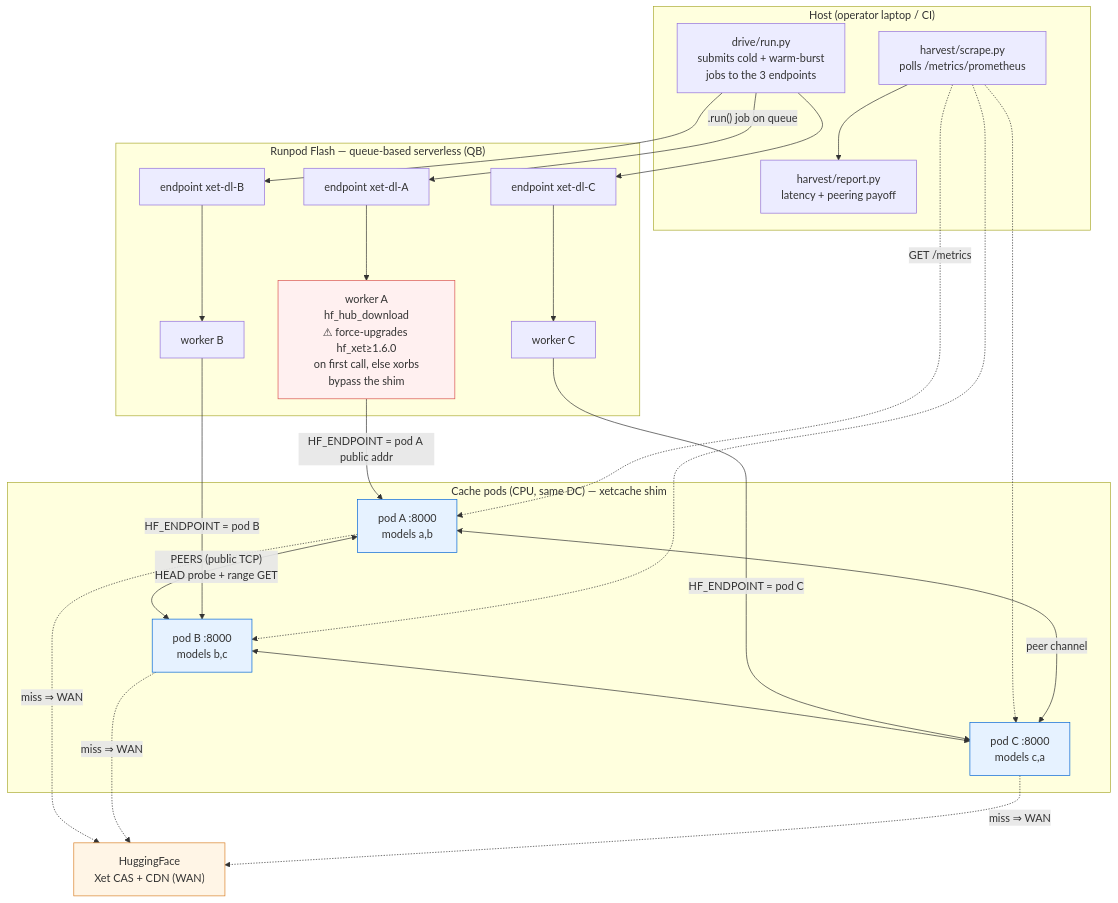
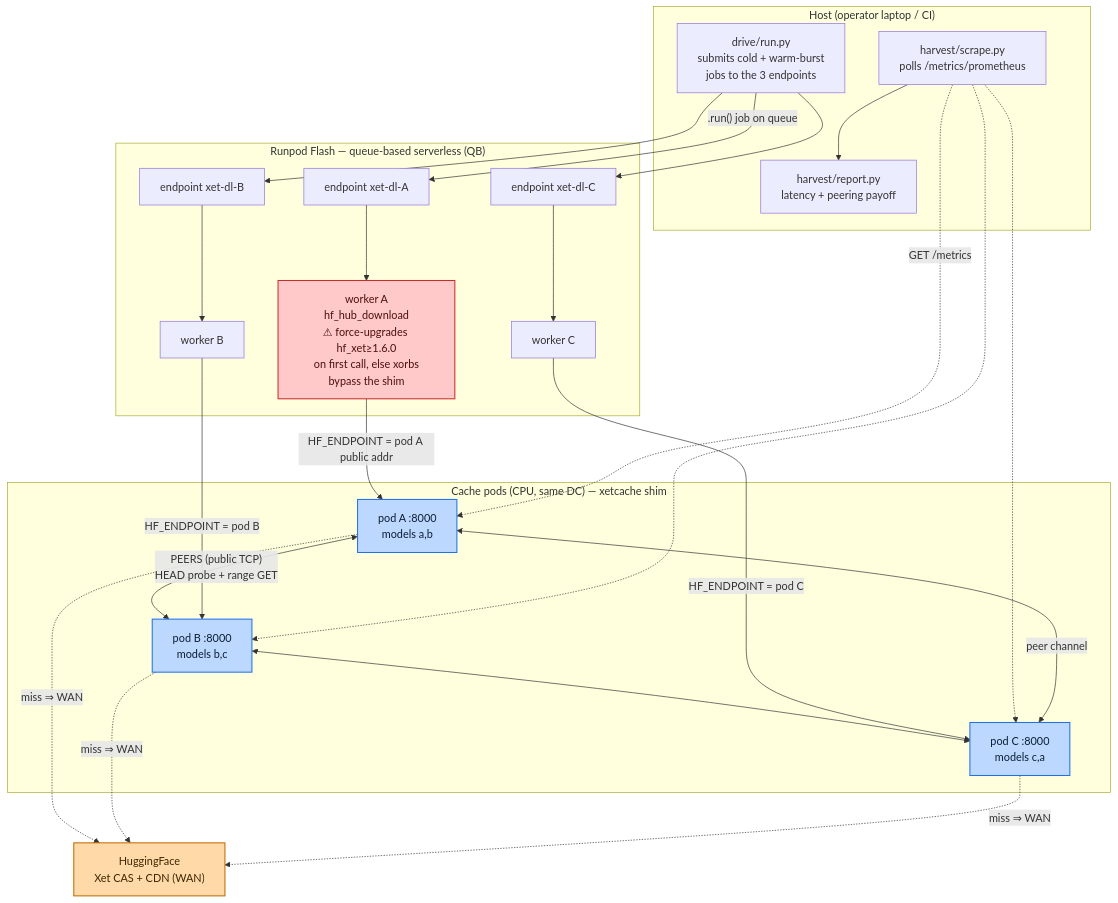
One commit to deanq/xet-dc-cache changed the first of 2 diagrams in runpod_testbed/README.md. Above: the diagram before and after it, drawn with Mermaid. The commit also changed other lines of this file and 1 other file, not shown here.

Commit message:
docs: fix mermaid diagram contrast for light/dark readability

````diff
--- a/runpod_testbed/README.md
+++ b/runpod_testbed/README.md
@@ -21,55 +21,55 @@
 ```mermaid
 flowchart TB
     subgraph hostbox["Host (operator laptop / CI)"]
         drive["drive/run.py<br/>submits cold + warm-burst<br/>jobs to the 3 endpoints"]
         scrape["harvest/scrape.py<br/>polls /metrics/prometheus"]
         report["harvest/report.py<br/>latency + peering payoff"]
     end
 
     subgraph flash["Runpod Flash — queue-based serverless (QB)"]
         ea["endpoint xet-dl-A"]
         eb["endpoint xet-dl-B"]
         ec["endpoint xet-dl-C"]
         wa["worker A<br/>hf_hub_download<br/>⚠ force-upgrades hf_xet≥1.6.0<br/>on first call, else xorbs<br/>bypass the shim"]
         wb["worker B"]
         wc["worker C"]
         ea --> wa
         eb --> wb
         ec --> wc
     end
 
     subgraph pods["Cache pods (CPU, same DC) — xetcache shim"]
         pa["pod A :8000<br/>models a,b"]
         pb["pod B :8000<br/>models b,c"]
         pc["pod C :8000<br/>models c,a"]
         pa <-->|"PEERS (public TCP)<br/>HEAD probe + range GET"| pb
         pb <--> pc
         pc <-->|peer channel| pa
     end
 
     cdn["HuggingFace<br/>Xet CAS + CDN (WAN)"]
 
     drive -->|".run() job on queue"| ea
     drive --> eb
     drive --> ec
 
     wa -->|"HF_ENDPOINT = pod A public addr"| pa
     wb -->|"HF_ENDPOINT = pod B"| pb
     wc -->|"HF_ENDPOINT = pod C"| pc
 
     pa -.->|"miss ⇒ WAN"| cdn
     pb -.->|"miss ⇒ WAN"| cdn
     pc -.->|"miss ⇒ WAN"| cdn
 
     scrape -.->|"GET /metrics"| pa
     scrape -.-> pb
     scrape -.-> pc
     scrape --> report
 
-    classDef pod fill:#e6f2ff,stroke:#0366d6;
-    classDef ext fill:#fff5e6,stroke:#d9822b;
-    classDef warn fill:#fff0f0,stroke:#d9534f;
+    classDef pod fill:#bcd8ff,stroke:#1f6feb,stroke-width:1.5px,color:#0b1f33;
+    classDef ext fill:#ffd9a8,stroke:#bf6a00,stroke-width:1.5px,color:#3d2600;
+    classDef warn fill:#ffc9c9,stroke:#c92a2a,stroke-width:1.5px,color:#4d0f0f;
     class pa,pb,pc pod;
     class cdn ext;
     class wa warn;
 ```
````
